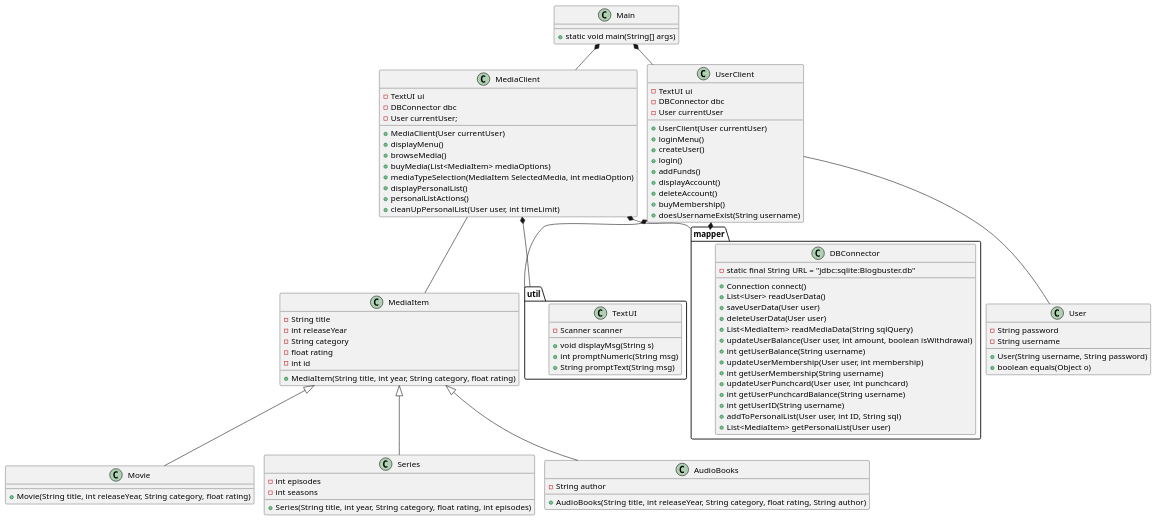
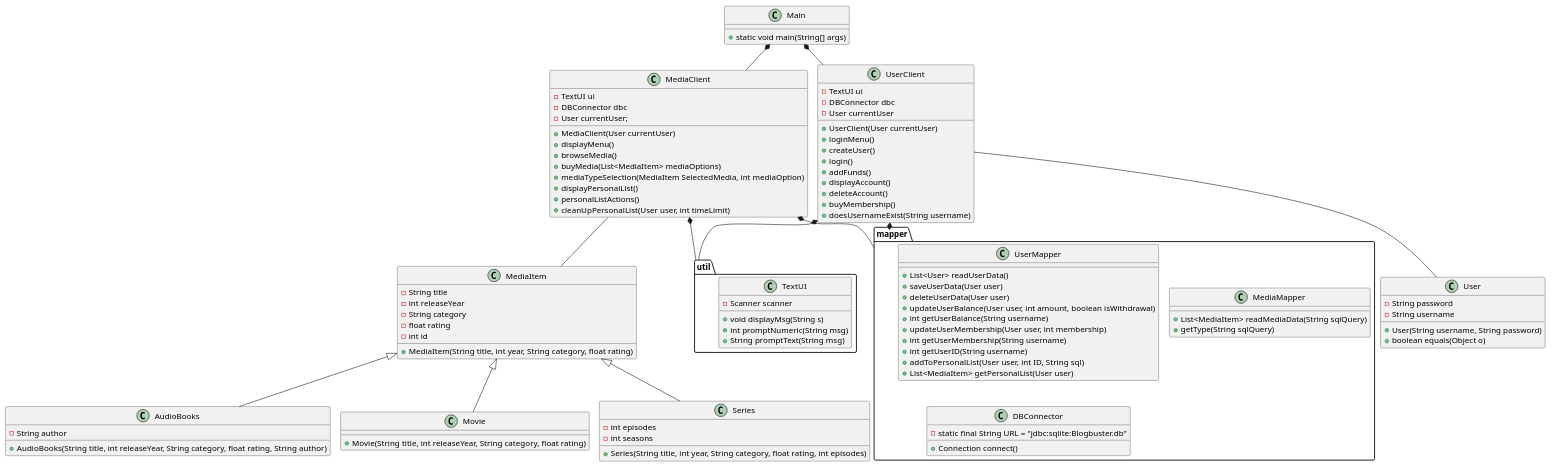
The diagram in docs/classdiagram_v0.puml (b-rino/ICE), drawn with PlantUML before and after one commit. The commit also changed 14 other files, not shown here.

Commit message:
Split up dbConnector into UserMapper and MediaMapper

```diff
--- a/docs/classdiagram_v0.puml
+++ b/docs/classdiagram_v0.puml
@@ -1,117 +1,121 @@
 @startuml
 !pragma layout smetana
 
 class Main{
 + static void main(String[] args)
 
 }
 
 class MediaItem{
 - String title
 - int releaseYear
 - String category
 - float rating
 - int id
 +MediaItem(String title, int year, String category, float rating)
 
 }
 
 class MediaClient{
 -TextUI ui
 -DBConnector dbc
 -User currentUser;
 +MediaClient(User currentUser)
 +displayMenu()
 +browseMedia()
 +buyMedia(List<MediaItem> mediaOptions)
 +mediaTypeSelection(MediaItem SelectedMedia, int mediaOption)
 +displayPersonalList()
 +personalListActions()
 +cleanUpPersonalList(User user, int timeLimit)
 }
 
 
 class User{
 -String password
 -String username
 +User(String username, String password)
 +boolean equals(Object o)
 }
 
 
 class Movie{
 
 + Movie(String title, int releaseYear, String category, float rating)
 }
 
 class Series{
 - int episodes
 - int seasons
 +Series(String title, int year, String category, float rating, int episodes)
 }
 
 class AudioBooks{
 - String author
 + AudioBooks(String title, int releaseYear, String category, float rating, String author)
 }
 
 
 class UserClient{
 -TextUI ui
 -DBConnector dbc
 -User currentUser
 +UserClient(User currentUser)
 +loginMenu()
 +createUser()
 +login()
 +addFunds()
 +displayAccount()
 +deleteAccount()
 +buyMembership()
 +doesUsernameExist(String username)
 }
 
 
 package "util" {
 class TextUI{
 - Scanner scanner
 +void displayMsg(String s)
 +int promptNumeric(String msg)
 +String promptText(String msg)
 }
 }
 
 package "mapper" {
-class DBConnector{
--static final String URL = "jdbc:sqlite:Blogbuster.db"
-+Connection connect()
+class UserMapper {
 +List<User> readUserData()
 +saveUserData(User user)
 +deleteUserData(User user)
-+List<MediaItem> readMediaData(String sqlQuery)
 +updateUserBalance(User user, int amount, boolean isWithdrawal)
 +int getUserBalance(String username)
 +updateUserMembership(User user, int membership)
 +int getUserMembership(String username)
-+updateUserPunchcard(User user, int punchcard)
-+int getUserPunchcardBalance(String username)
 +int getUserID(String username)
 +addToPersonalList(User user, int ID, String sql)
 +List<MediaItem> getPersonalList(User user)
+
+}
+class MediaMapper {
++List<MediaItem> readMediaData(String sqlQuery)
++getType(String sqlQuery)
+}
+class DBConnector{
+-static final String URL = "jdbc:sqlite:Blogbuster.db"
++Connection connect()
 }
 }
 
 
 MediaItem<|--Series
 MediaItem <|-- Movie
 Main *-- MediaClient
 MediaClient *-- "util"
 MediaClient -- MediaItem
 Main *-- UserClient
 UserClient -- User
 UserClient *--"util"
 UserClient *-- "mapper"
 MediaClient *-- "mapper"
 MediaItem <|-- AudioBooks
 
 @enduml
```
